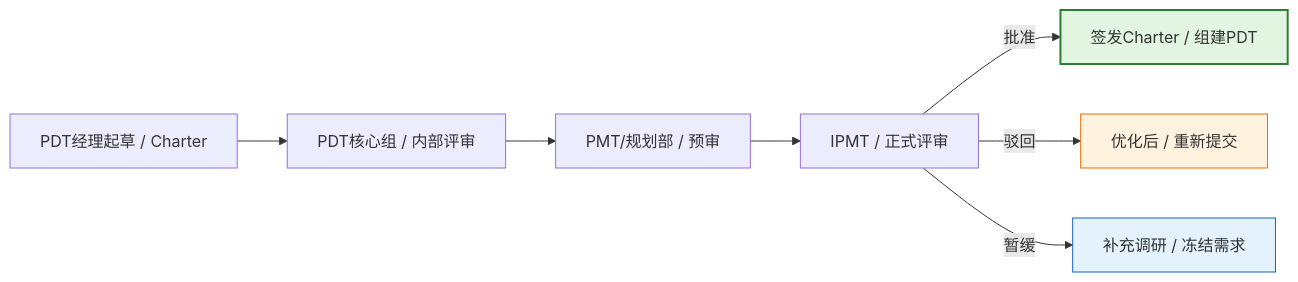
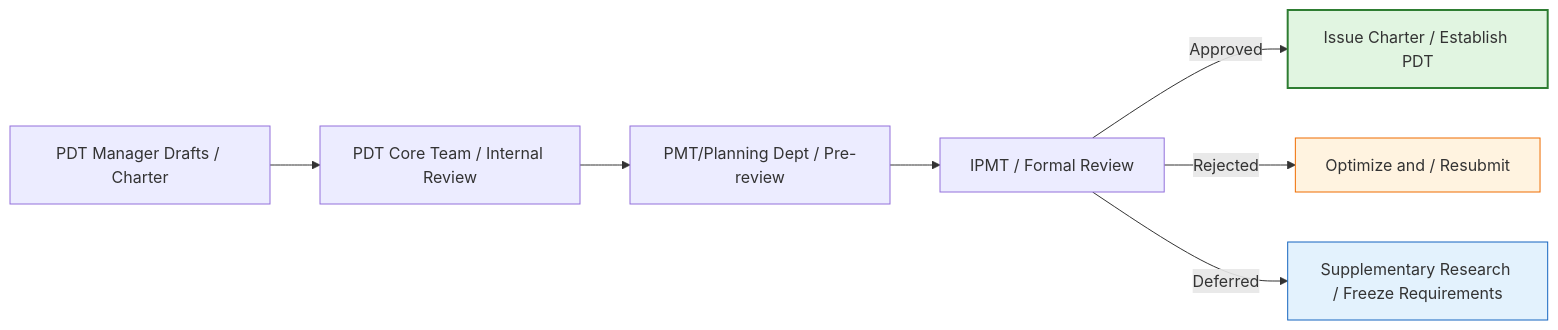
One commit to Kirky-X/cangjie changed diagram 11 of 11 in templates/产品/战略层/【模板】项目任务书.md. Above: the diagram before and after it, drawn with Mermaid. The commit also changed other lines of this file and 60 other files, not shown here.

````diff
--- a/templates/产品/战略层/【模板】项目任务书.md
+++ b/templates/产品/战略层/【模板】项目任务书.md
@@ -574,13 +574,13 @@
 ```mermaid
 flowchart LR
-    A[PDT经理起草 / Charter] --> B[PDT核心组 / 内部评审]
-    B --> C[PMT/规划部 / 预审]
-    C --> D[IPMT / 正式评审]
-    D -->|批准| E[签发Charter / 组建PDT]
-    D -->|驳回| F[优化后 / 重新提交]
-    D -->|暂缓| G[补充调研 / 冻结需求]
+    A[PDT Manager Drafts / Charter] --> B[PDT Core Team / Internal Review]
+    B --> C[PMT/Planning Dept / Pre-review]
+    C --> D[IPMT / Formal Review]
+    D -->|Approved| E[Issue Charter / Establish PDT]
+    D -->|Rejected| F[Optimize and / Resubmit]
+    D -->|Deferred| G[Supplementary Research / Freeze Requirements]
 
     style E fill:#e1f5e1,stroke:#2e7d32,stroke-width:2px
     style F fill:#fff3e0,stroke:#ef6c00
     style G fill:#e3f2fd,stroke:#1565c0
 ```
````
